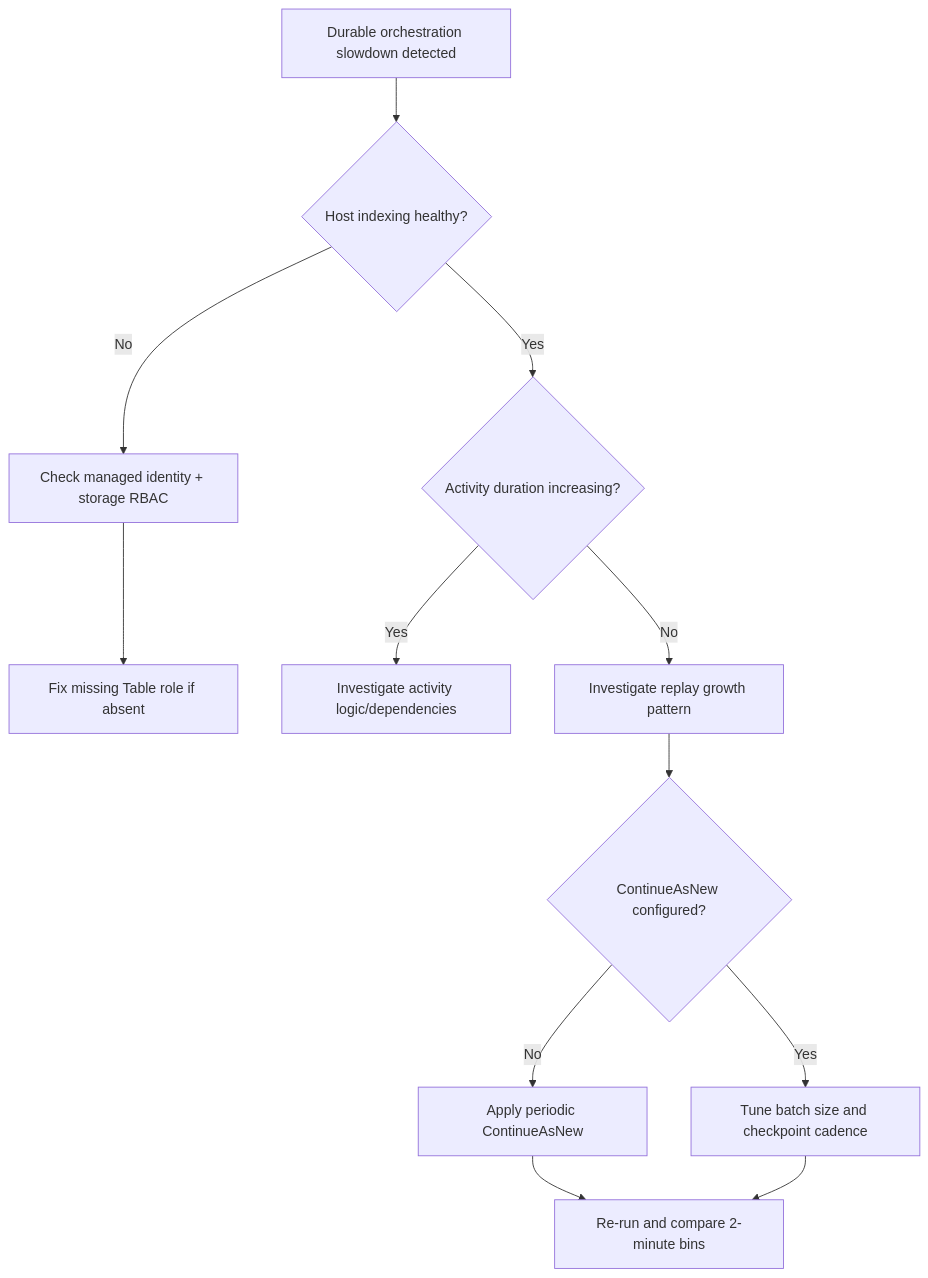
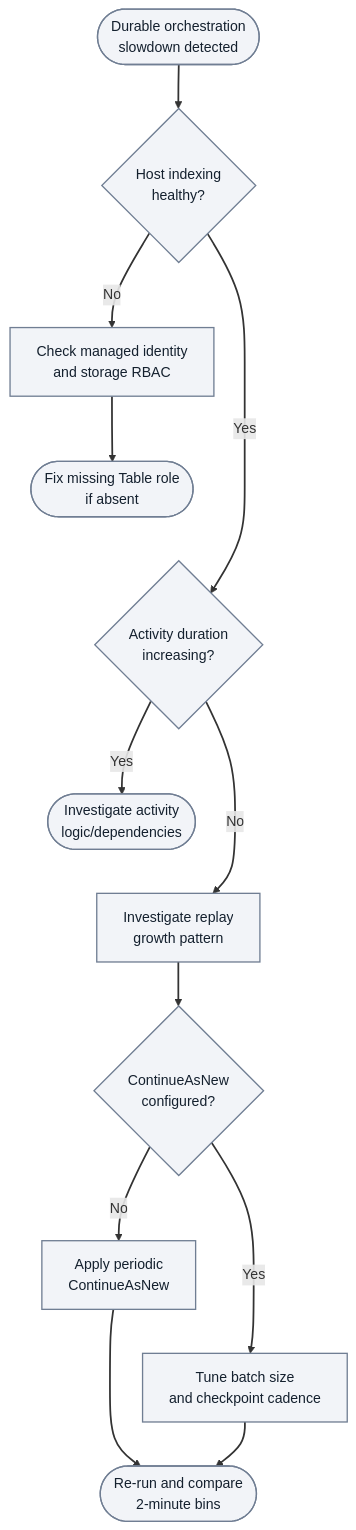
The fifth of 6 diagrams in docs/troubleshooting/lab-guides/durable-replay-storm.md (yeongseon/azure-functions-practical-guide), drawn with Mermaid before and after one commit. The commit also changed other lines of this file and 1 other file, not shown here.

First line of the commit message:
docs(diagrams): migrate Functions lab messaging and triggers — durable replay storm (#433)

````diff
--- a/docs/troubleshooting/lab-guides/durable-replay-storm.md
+++ b/docs/troubleshooting/lab-guides/durable-replay-storm.md
@@ -652,14 +704,23 @@
 ```mermaid
 flowchart TD
-    A[Durable orchestration slowdown detected] --> B{Host indexing healthy?}
-    B -->|No| C[Check managed identity + storage RBAC]
-    C --> D[Fix missing Table role if absent]
-    B -->|Yes| E{Activity duration increasing?}
-    E -->|Yes| F["Investigate activity logic/dependencies"]
-    E -->|No| G[Investigate replay growth pattern]
-    G --> H{ContinueAsNew configured?}
-    H -->|No| I[Apply periodic ContinueAsNew]
-    H -->|Yes| J[Tune batch size and checkpoint cadence]
-    I --> K[Re-run and compare 2-minute bins]
+    accTitle: Durable slowdown troubleshooting decisions
+    accDescr: Illustrative triage retains all Yes and No branches. Unhealthy indexing leads to identity and storage RBAC checks and a missing Table role fix; rising activity duration leads to activity investigation; otherwise inspect replay growth, choose periodic ContinueAsNew or tuning, then rerun and compare two-minute bins. Branches guide investigation, not proof of cause.
+    A(["Durable orchestration<br/>slowdown detected"]) --> B{"Host indexing<br/>healthy?"}
+    B -->|No| C["Check managed identity<br/>and storage RBAC"]
+    C --> D(["Fix missing Table role<br/>if absent"])
+    B -->|Yes| E{"Activity duration<br/>increasing?"}
+    E -->|Yes| F(["Investigate activity<br/>logic/dependencies"])
+    E -->|No| G["Investigate replay<br/>growth pattern"]
+    G --> H{"ContinueAsNew<br/>configured?"}
+    H -->|No| I["Apply periodic<br/>ContinueAsNew"]
+    H -->|Yes| J["Tune batch size<br/>and checkpoint cadence"]
+    I --> K(["Re-run and compare<br/>2-minute bins"])
     J --> K
+    %% Layout-only links tier branches; they add no diagnostic steps or arrows.
+    D ~~~ E
+    F ~~~ G
+    I ~~~ J
+    classDef baseNeutral fill:#f2f4f8,stroke:#707e93,stroke-width:1.5px,color:#14202e;
+    class A,B,C,D,E,F,G,H,I,J,K baseNeutral;
+    linkStyle default stroke-width:2px;
 ```
````
